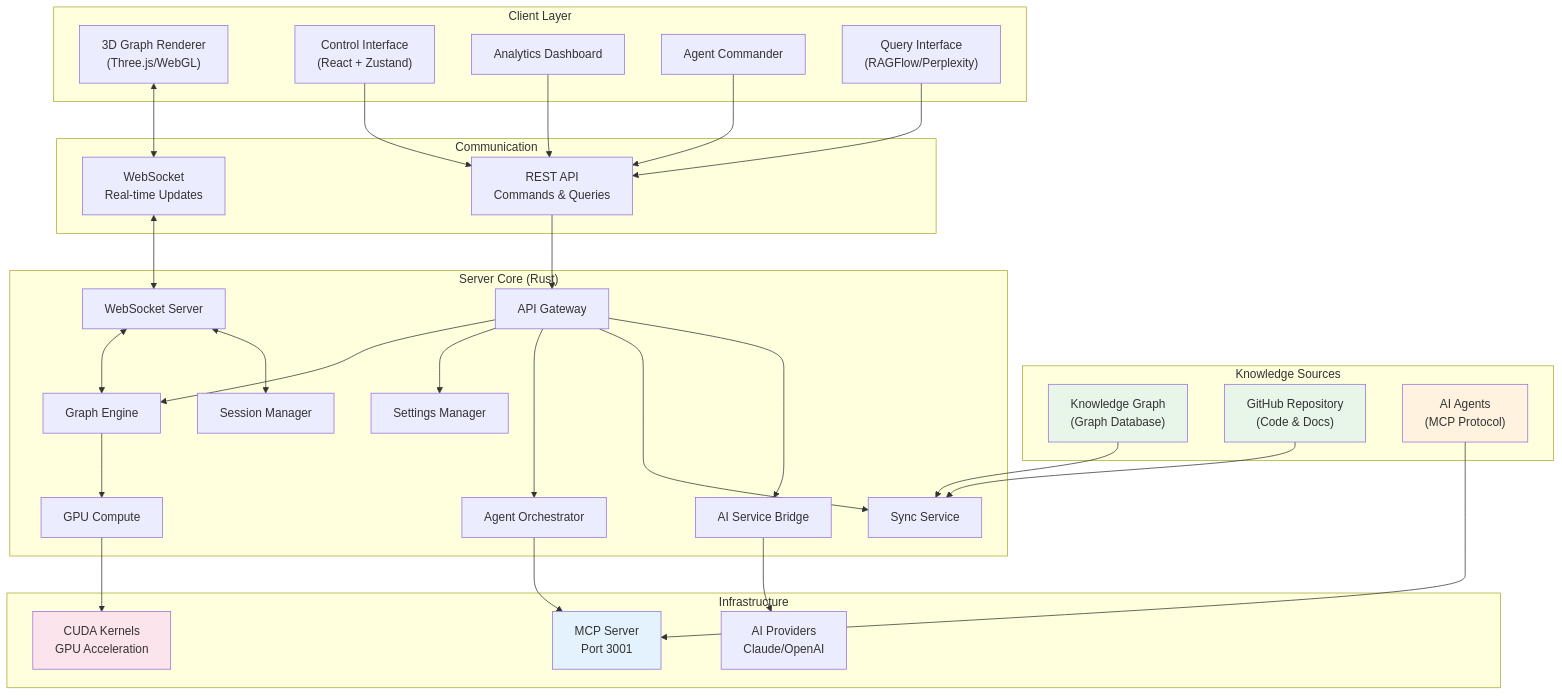
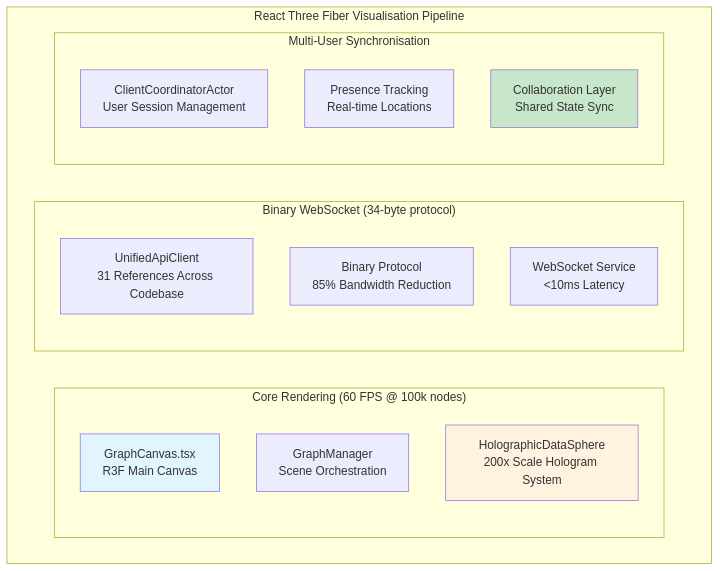
Before and after one commit to DreamLab-AI/VisionFlow: the fifth of 6 diagrams in README.md, drawn with Mermaid. The commit also changed other lines of this file, not shown here.

Commit message:
new main readme

````diff
--- a/README.md
+++ b/README.md
@@ -118,61 +309,26 @@
 ```mermaid
-graph TD
-    subgraph "Knowledge Sources"
-        KG["Knowledge Graph<br/>(Graph Database)"]
-        GH["GitHub Repository<br/>(Code & Docs)"]
-        AI["AI Agents<br/>(MCP Protocol)"]
+graph TB
+    subgraph "React Three Fiber Visualisation Pipeline"
+        subgraph "Core Rendering (60 FPS @ 100k nodes)"
+            GraphCanvas["GraphCanvas.tsx<br/>R3F Main Canvas"]
+            GraphManager["GraphManager<br/>Scene Orchestration"]
+            HolographicDataSphere["HolographicDataSphere<br/>200x Scale Hologram System"]
+        end
+
+        subgraph "Binary WebSocket (34-byte protocol)"
+            UnifiedApiClient["UnifiedApiClient<br/>31 References Across Codebase"]
+            BinaryProtocol["Binary Protocol<br/>85% Bandwidth Reduction"]
+            WebSocketService["WebSocket Service<br/><10ms Latency"]
+        end
+
+        subgraph "Multi-User Synchronisation"
+            ClientCoordinator["ClientCoordinatorActor<br/>User Session Management"]
+            PresenceSystem["Presence Tracking<br/>Real-time Locations"]
+            CollaborationLayer["Collaboration Layer<br/>Shared State Sync"]
+        end
     end
 
-    subgraph "Client Layer"
-        A["3D Graph Renderer<br/>(Three.js/WebGL)"]
-        B["Control Interface<br/>(React + Zustand)"]
-        C["Analytics Dashboard"]
-        D["Agent Commander"]
-        E["Query Interface<br/>(RAGFlow/Perplexity)"]
-    end
-
-    subgraph "Communication"
-        F["REST API<br/>Commands & Queries"]
-        G["WebSocket<br/>Real-time Updates"]
-    end
-
-    B & C & D & E --> F
-    A <--> G
-
-    subgraph "Server Core (Rust)"
-        H["API Gateway"]
-        I["WebSocket Server"]
-        J["Graph Engine"]
-        K["Settings Manager"]
-        L["Agent Orchestrator"]
-        M["GPU Compute"]
-        N["Session Manager"]
-        O["Sync Service"]
-        P["AI Service Bridge"]
-    end
-
-    F --> H
-    G <--> I
-    H --> J & K & L & O & P
-    I <--> J & N
-    J --> M
-
-    subgraph "Infrastructure"
-        Q["MCP Server<br/>Port 3001"]
-        R["CUDA Kernels<br/>GPU Acceleration"]
-        S["AI Providers<br/>Claude/OpenAI"]
-    end
-
-    KG --> O
-    GH --> O
-    L --> Q
-    M --> R
-    P --> S
-    AI --> Q
-
-    style KG fill:#e8f5e9
-    style GH fill:#e8f5e9
-    style AI fill:#fff3e0
-    style Q fill:#e3f2fd
-    style R fill:#fce4ec
+    style GraphCanvas fill:#e1f5fe
+    style HolographicDataSphere fill:#fff3e0
+    style CollaborationLayer fill:#c8e6c9
 ```
````
